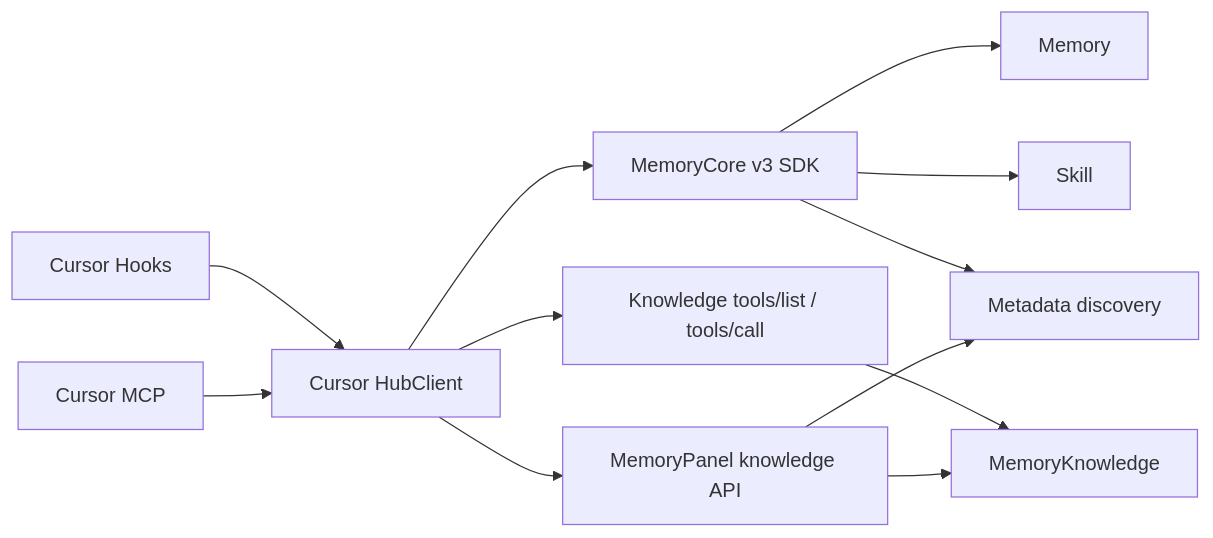
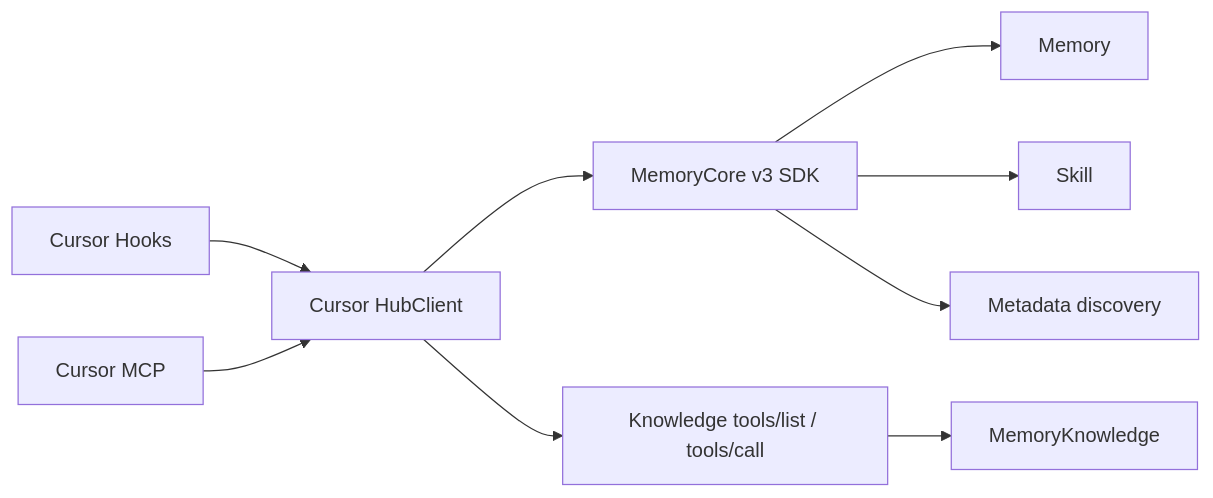
One commit to TencentCloud/TencentDB-Agent-Memory changed the diagram in docs/cursor-hub-adapter/README.md. Above: the diagram before and after it, drawn with Mermaid. The commit also changed other lines of this file and 66 other files, not shown here.

````diff
--- a/docs/cursor-hub-adapter/README.md
+++ b/docs/cursor-hub-adapter/README.md
@@ -66,14 +69,11 @@
 ```mermaid
 flowchart LR
   H[Cursor Hooks] --> C[Cursor HubClient]
   M[Cursor MCP] --> C
   C --> SDK[MemoryCore v3 SDK]
   SDK --> MEM[Memory]
   SDK --> SK[Skill]
   SDK --> META[Metadata discovery]
   C --> TL[Knowledge tools/list / tools/call]
-  C --> PANEL[MemoryPanel knowledge API]
   TL --> K[MemoryKnowledge]
-  PANEL --> K
-  PANEL --> META
 ```
````
